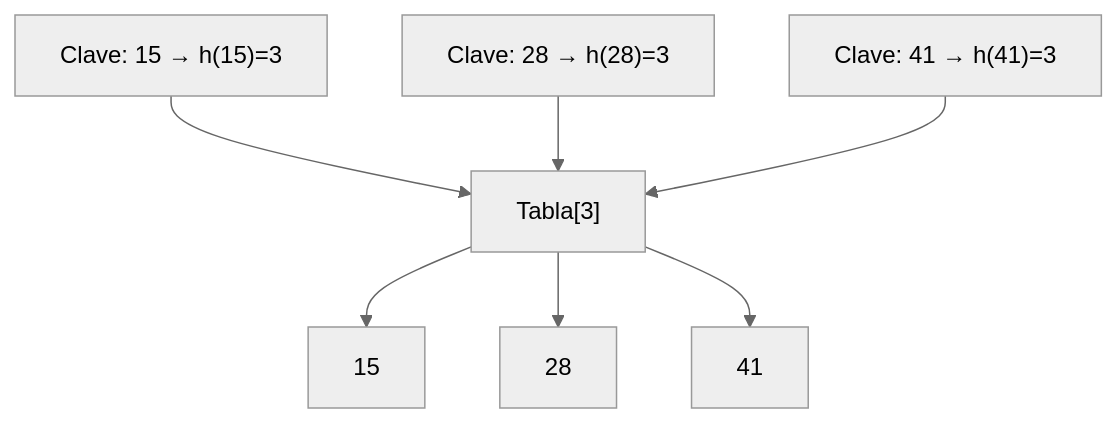
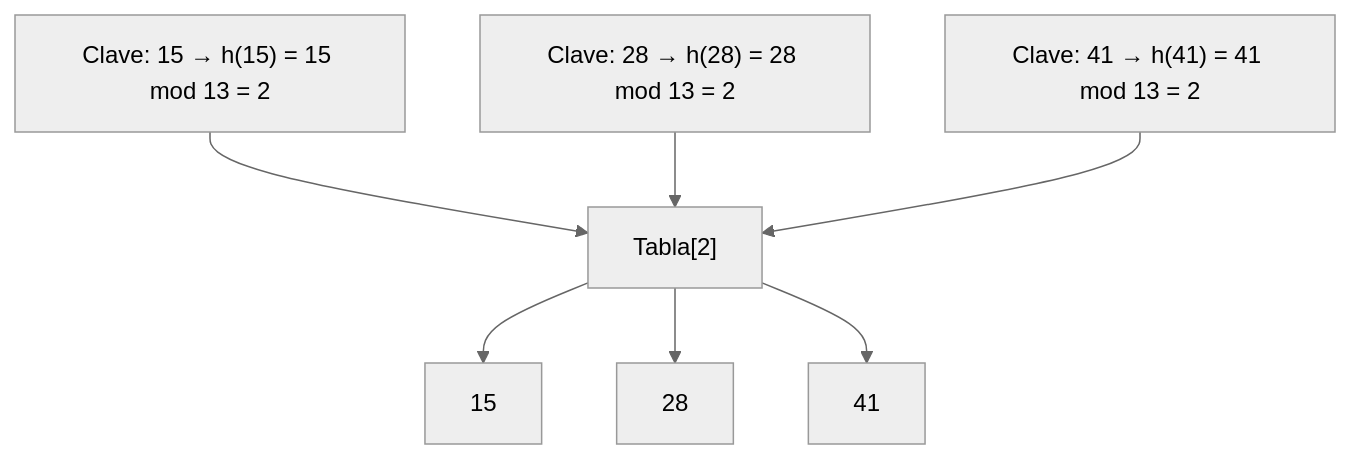
The diagram in public/documents/semester-2/2/22132.md (djaimej/computer-science-template), drawn with Mermaid (neutral theme) before and after one commit. The commit also changed other lines of this file and 44 other files, not shown here.

````diff
--- a/public/documents/semester-2/2/22132.md
+++ b/public/documents/semester-2/2/22132.md
@@ -39,9 +39,9 @@
 ```mermaid
 graph TD
-    A["Clave: 15 → h(15)=3"] --> I3["Tabla[3]"]
-    B["Clave: 28 → h(28)=3"] --> I3
-    C["Clave: 41 → h(41)=3"] --> I3
+    A["Clave: 15 → h(15) = 15 mod 13 = 2"] --> I3["Tabla[2]"]
+    B["Clave: 28 → h(28) = 28 mod 13 = 2"] --> I3
+    C["Clave: 41 → h(41) = 41 mod 13 = 2"] --> I3
     I3 --> L1["15"]
     I3 --> L2["28"]
     I3 --> L3["41"]
 ```
````
